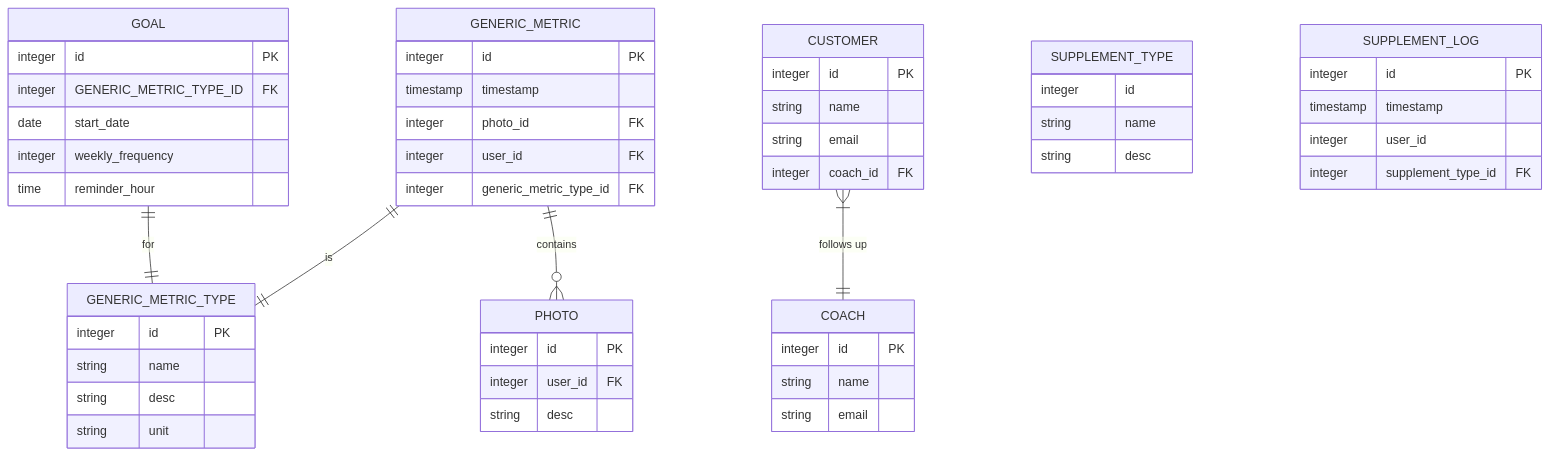
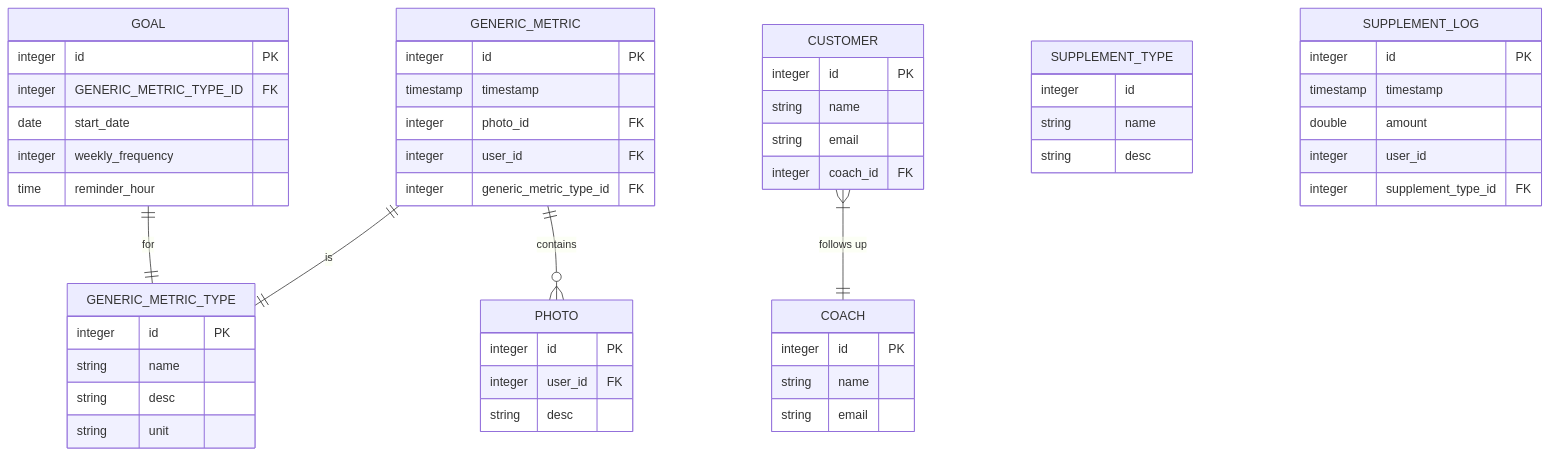
The diagram in README.md (davidpoza/AIOTracker), drawn with Mermaid before and after one commit. The commit also changed 11 other files, not shown here.

````diff
--- a/README.md
+++ b/README.md
@@ -1,65 +1,66 @@
 ```mermaid
 erDiagram
 
     GENERIC_METRIC {
       integer id PK
       timestamp timestamp
       integer photo_id FK
       integer user_id FK
       integer generic_metric_type_id FK
     }
 
     GENERIC_METRIC_TYPE {
       integer id PK
       string name
       string desc
       string unit
     }
 
     CUSTOMER {
       integer id PK
       string name
       string email
       integer coach_id FK
     }
 
     COACH {
       integer id PK
       string name
       string email
     }
 
     PHOTO {
       integer id PK
       integer user_id FK
       string desc
     }
 
     GOAL {
       integer id PK
       integer GENERIC_METRIC_TYPE_ID FK
       date start_date
       integer weekly_frequency
       time reminder_hour
     }
 
     SUPPLEMENT_TYPE {
       integer id
       string name
       string desc
     }
 
     SUPPLEMENT_LOG {
       integer id PK
       timestamp timestamp
+      double amount
       integer user_id
       integer supplement_type_id FK
     }
 
     CUSTOMER 1+--1 COACH : "follows up"
     GENERIC_METRIC 1--1 GENERIC_METRIC_TYPE : is
     GENERIC_METRIC 1--0+ PHOTO : contains
     GOAL 1--1 GENERIC_METRIC_TYPE : for
 
 
 ```
````
